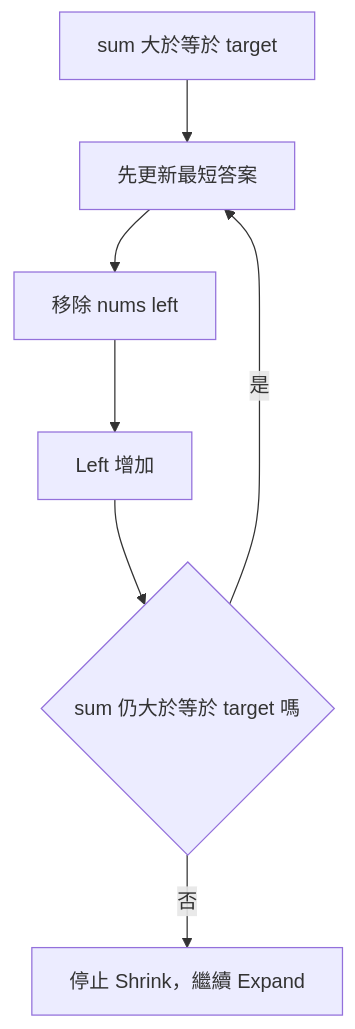
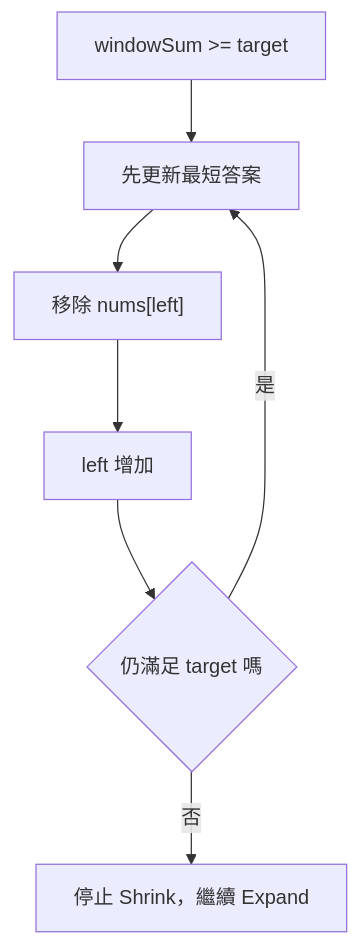
One commit to davidchen0970/algorithm_note changed the eighth of 12 diagrams in 03_core_patterns/13_sliding_window.md. Above: the diagram before and after it, drawn with Mermaid. The commit also changed other lines of this file, not shown here.

````diff
--- a/03_core_patterns/13_sliding_window.md
+++ b/03_core_patterns/13_sliding_window.md
@@ -383,9 +432,9 @@
 ```mermaid
 flowchart TD
-    A[sum 大於等於 target] --> B[先更新最短答案]
-    B --> C[移除 nums left]
-    C --> D[Left 增加]
-    D --> E{sum 仍大於等於 target 嗎}
+    A["windowSum >= target"] --> B["先更新最短答案"]
+    B --> C["移除 nums[left]"]
+    C --> D["left 增加"]
+    D --> E{"仍滿足 target 嗎"}
     E -->|是| B
-    E -->|否| F[停止 Shrink，繼續 Expand]
+    E -->|否| F["停止 Shrink，繼續 Expand"]
 ```
````
